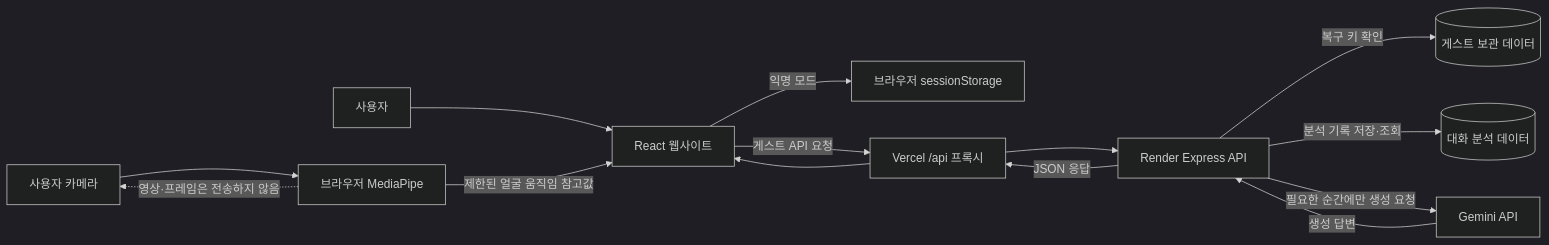
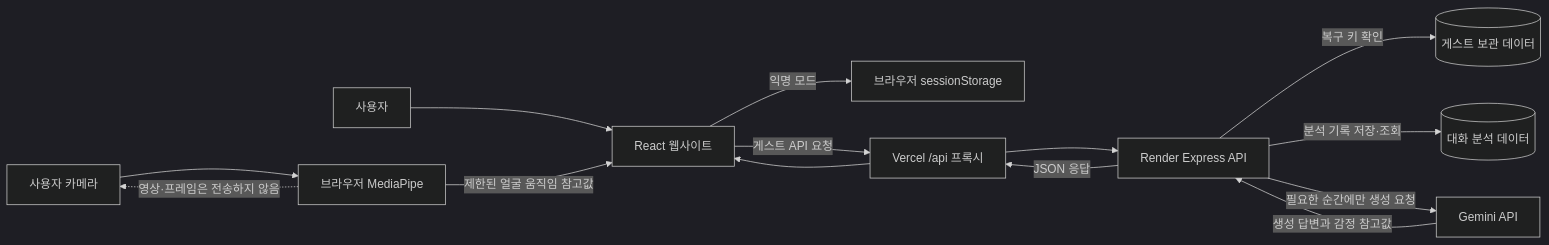
Before and after one commit to Mureung1/hub-showcase: the first of 2 diagrams in README.md, drawn with Mermaid (dark theme). The commit also changed other lines of this file and 9 other files, not shown here.

````diff
--- a/README.md
+++ b/README.md
@@ -38,19 +39,19 @@
 ```mermaid
 flowchart LR
     U[사용자] --> W[React 웹사이트]
 
     W -->|익명 모드| S[브라우저 sessionStorage]
     W -->|게스트 API 요청| V[Vercel /api 프록시]
     V --> R[Render Express API]
 
     R -->|복구 키 확인| G[(게스트 보관 데이터)]
     R -->|분석 기록 저장·조회| E[(대화 분석 데이터)]
     R -->|필요한 순간에만 생성 요청| A[Gemini API]
-    A -->|생성 답변| R
+    A -->|생성 답변과 감정 참고값| R
     R -->|JSON 응답| V
     V --> W
 
     C[사용자 카메라] --> M[브라우저 MediaPipe]
     M -->|제한된 얼굴 움직임 참고값| W
     M -. 영상·프레임은 전송하지 않음 .-> C
 ```
````
